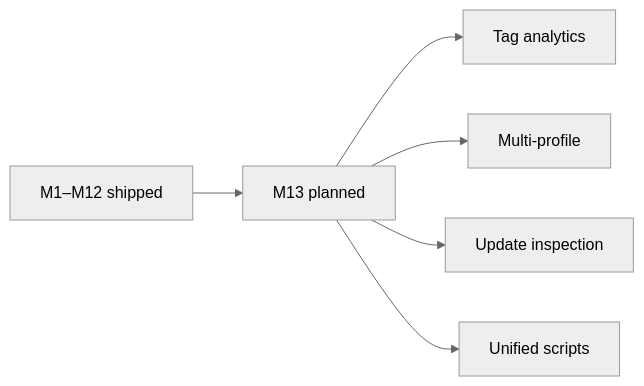
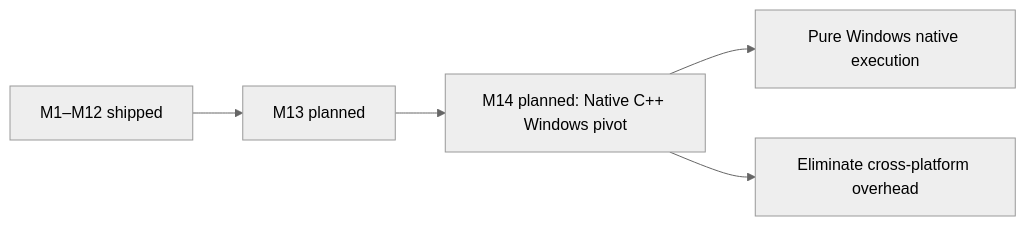
One commit to HELIX-Origin/nh-reader changed the diagram in ROADMAP.md. Above: the diagram before and after it, drawn with Mermaid (neutral theme). The commit also changed other lines of this file and 10 other files, not shown here.

````diff
--- a/ROADMAP.md
+++ b/ROADMAP.md
@@ -43,8 +44,7 @@
 ```mermaid
 flowchart LR
     shipped[M1–M12 shipped] --> m13[M13 planned]
-    m13 --> analytics[Tag analytics]
-    m13 --> profiles[Multi-profile]
-    m13 --> updates[Update inspection]
-    m13 --> scripts[Unified scripts]
+    m13 --> m14["M14 planned: Native C++ Windows pivot"]
+    m14 --> win32[Pure Windows native execution]
+    m14 --> drop_android[Eliminate cross-platform overhead]
 ```
````
